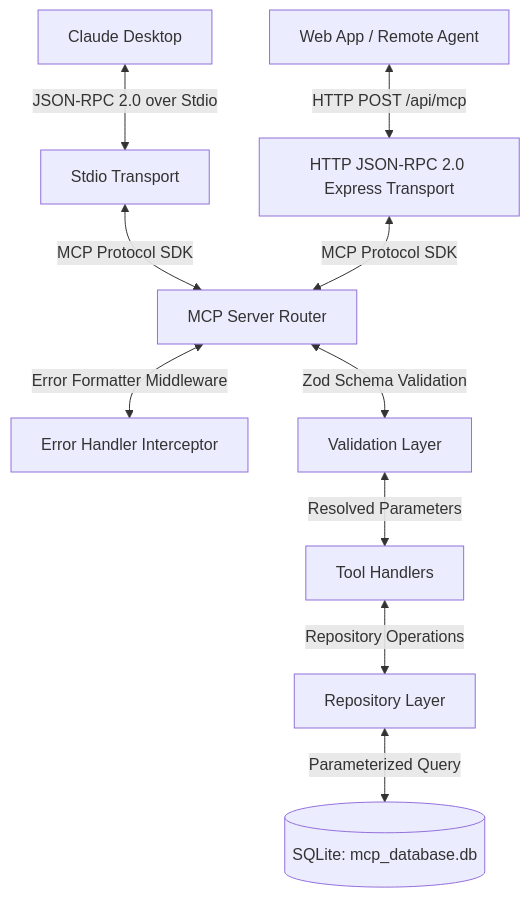
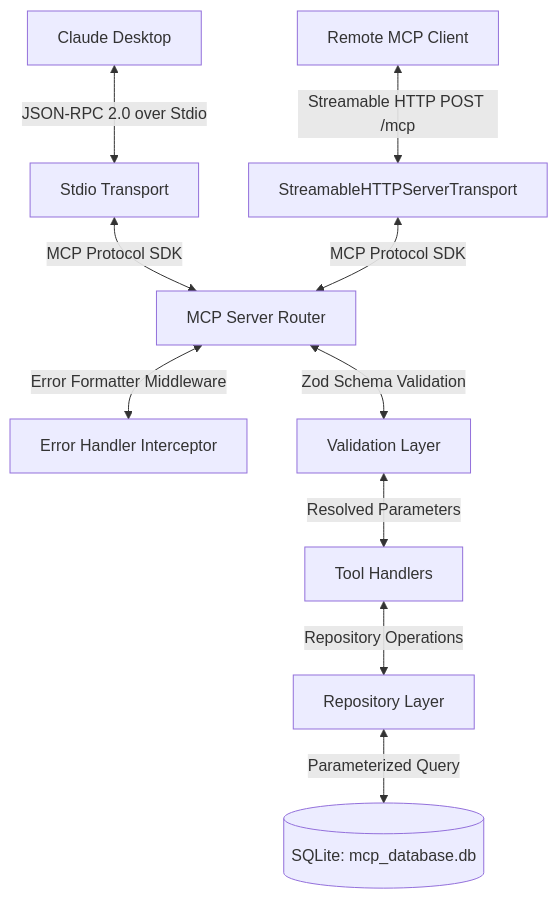
The diagram in README.md (aj-jhaveri/mcp-sqlite-bridge), drawn with Mermaid before and after one commit. The commit also changed other lines of this file and 5 other files, not shown here.

First line of the commit message:
Serve the real MCP transports, add a real client, and cover the protocol in CI (#2)

````diff
--- a/README.md
+++ b/README.md
@@ -27,14 +27,14 @@
 ```mermaid
 graph TD
     Client1[Claude Desktop] <-->|JSON-RPC 2.0 over Stdio| StdioTransport[Stdio Transport]
-    Client2[Web App / Remote Agent] <-->|HTTP POST /api/mcp| HttpTransport[HTTP JSON-RPC 2.0 Express Transport]
+    Client2[Remote MCP Client] <-->|Streamable HTTP POST /mcp| HttpTransport[StreamableHTTPServerTransport]
     
     StdioTransport <-->|MCP Protocol SDK| Server[MCP Server Router]
     HttpTransport <-->|MCP Protocol SDK| Server
     
     Server <-->|Error Formatter Middleware| Middleware[Error Handler Interceptor]
     Server <-->|Zod Schema Validation| Schemas[Validation Layer]
     Schemas <-->|Resolved Parameters| Handlers[Tool Handlers]
     Handlers <-->|Repository Operations| Repository[Repository Layer]
     Repository <-->|Parameterized Query| Database[(SQLite: mcp_database.db)]
 ```
````
